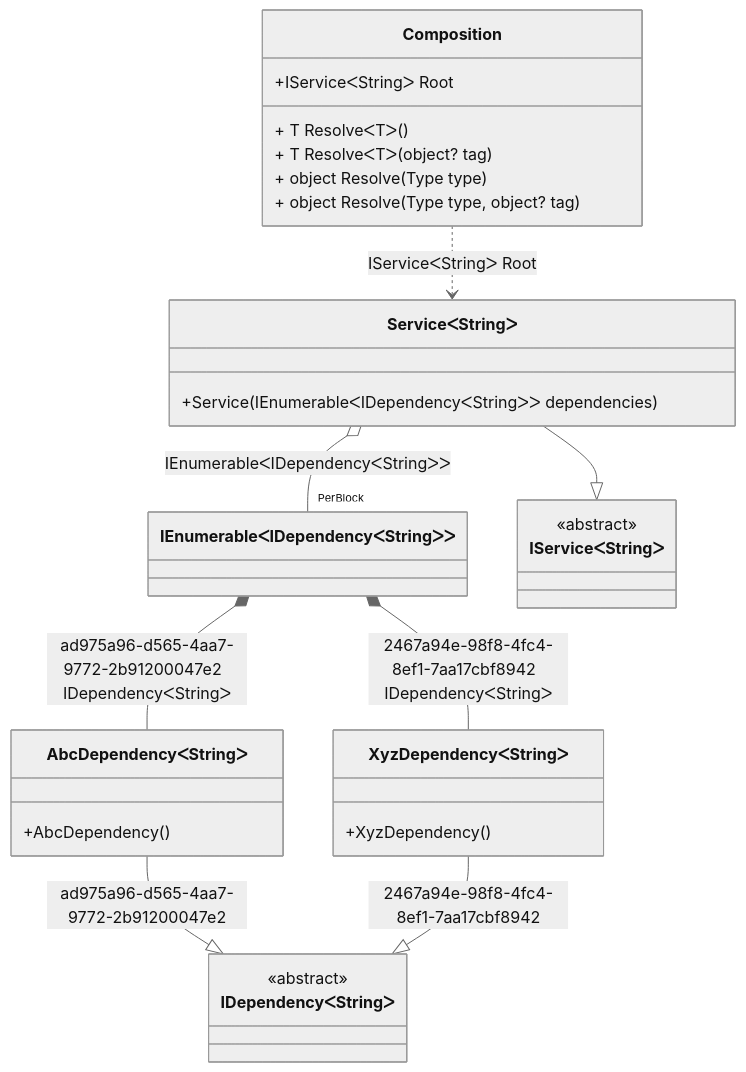
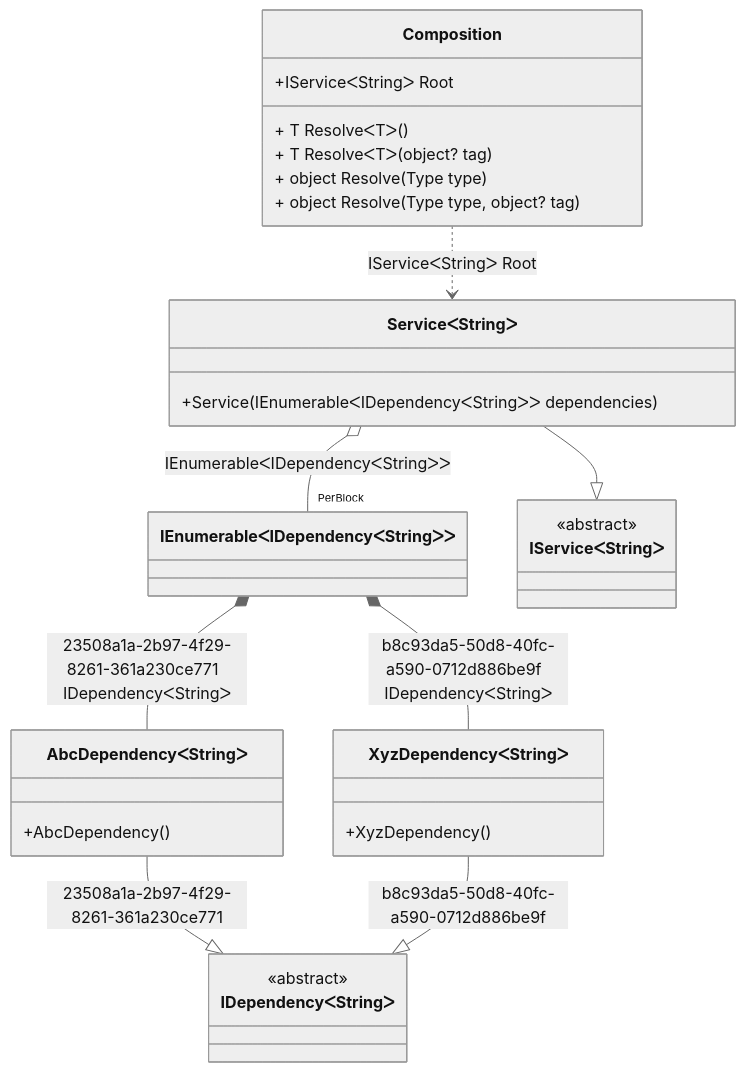
Before and after one commit to DevTeam/Pure.DI: the diagram in readme/tag-unique.md, drawn with Mermaid (neutral theme). The commit also changed other lines of this file and 15 other files, not shown here.

````diff
--- a/readme/tag-unique.md
+++ b/readme/tag-unique.md
@@ -39,33 +39,33 @@
 ```mermaid
 classDiagram
   class Composition {
     +IServiceᐸStringᐳ Root
     + T ResolveᐸTᐳ()
     + T ResolveᐸTᐳ(object? tag)
     + object Resolve(Type type)
     + object Resolve(Type type, object? tag)
   }
   class IEnumerableᐸIDependencyᐸStringᐳᐳ
-  AbcDependencyᐸStringᐳ --|> IDependencyᐸStringᐳ : ad975a96-d565-4aa7-9772-2b91200047e2 
+  AbcDependencyᐸStringᐳ --|> IDependencyᐸStringᐳ : 23508a1a-2b97-4f29-8261-361a230ce771 
   class AbcDependencyᐸStringᐳ {
     +AbcDependency()
   }
-  XyzDependencyᐸStringᐳ --|> IDependencyᐸStringᐳ : 2467a94e-98f8-4fc4-8ef1-7aa17cbf8942 
+  XyzDependencyᐸStringᐳ --|> IDependencyᐸStringᐳ : b8c93da5-50d8-40fc-a590-0712d886be9f 
   class XyzDependencyᐸStringᐳ {
     +XyzDependency()
   }
   ServiceᐸStringᐳ --|> IServiceᐸStringᐳ : 
   class ServiceᐸStringᐳ {
     +Service(IEnumerableᐸIDependencyᐸStringᐳᐳ dependencies)
   }
   class IDependencyᐸStringᐳ {
     <<abstract>>
   }
   class IServiceᐸStringᐳ {
     <<abstract>>
   }
-  IEnumerableᐸIDependencyᐸStringᐳᐳ *--  AbcDependencyᐸStringᐳ : ad975a96-d565-4aa7-9772-2b91200047e2  IDependencyᐸStringᐳ
-  IEnumerableᐸIDependencyᐸStringᐳᐳ *--  XyzDependencyᐸStringᐳ : 2467a94e-98f8-4fc4-8ef1-7aa17cbf8942  IDependencyᐸStringᐳ
+  IEnumerableᐸIDependencyᐸStringᐳᐳ *--  AbcDependencyᐸStringᐳ : 23508a1a-2b97-4f29-8261-361a230ce771  IDependencyᐸStringᐳ
+  IEnumerableᐸIDependencyᐸStringᐳᐳ *--  XyzDependencyᐸStringᐳ : b8c93da5-50d8-40fc-a590-0712d886be9f  IDependencyᐸStringᐳ
   Composition ..> ServiceᐸStringᐳ : IServiceᐸStringᐳ Root
   ServiceᐸStringᐳ o--  "PerBlock" IEnumerableᐸIDependencyᐸStringᐳᐳ : IEnumerableᐸIDependencyᐸStringᐳᐳ
 ```
````
